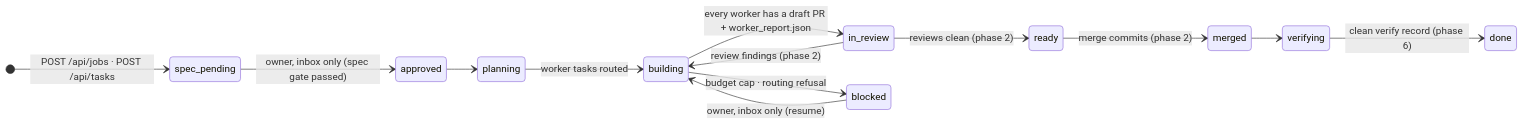
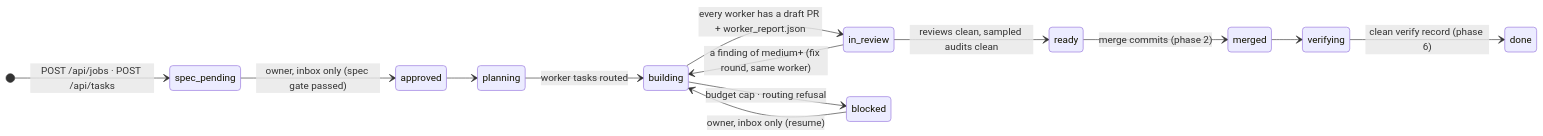
One commit to alienvisitor8675-bit/vigil changed the second of 3 diagrams in docs/architecture.md. Above: the diagram before and after it, drawn with Mermaid. The commit also changed other lines of this file and 30 other files, not shown here.

````diff
--- a/docs/architecture.md
+++ b/docs/architecture.md
@@ -191,16 +192,16 @@
 ```mermaid
 stateDiagram-v2
   direction LR
   [*] --> spec_pending: POST /api/jobs · POST /api/tasks
   spec_pending --> approved: owner, inbox only (spec gate passed)
   approved --> planning
   planning --> building: worker tasks routed
   building --> in_review: every worker has a draft PR + worker_report.json
-  in_review --> building: review findings (phase 2)
-  in_review --> ready: reviews clean (phase 2)
+  in_review --> building: a finding of medium+ (fix round, same worker)
+  in_review --> ready: reviews clean, sampled audits clean
   ready --> merged: merge commits (phase 2)
   merged --> verifying
   verifying --> done: clean verify record (phase 6)
   building --> blocked: budget cap · routing refusal
   blocked --> building: owner, inbox only (resume)
 ```
````
